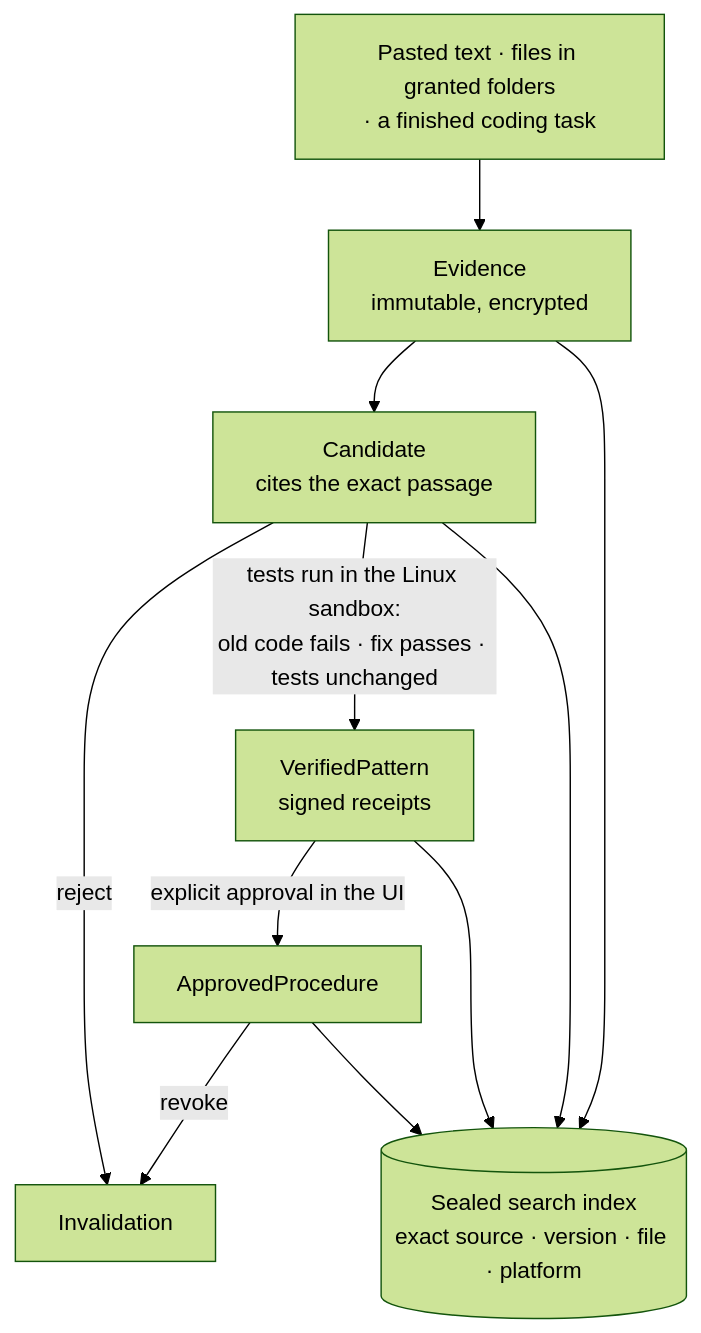
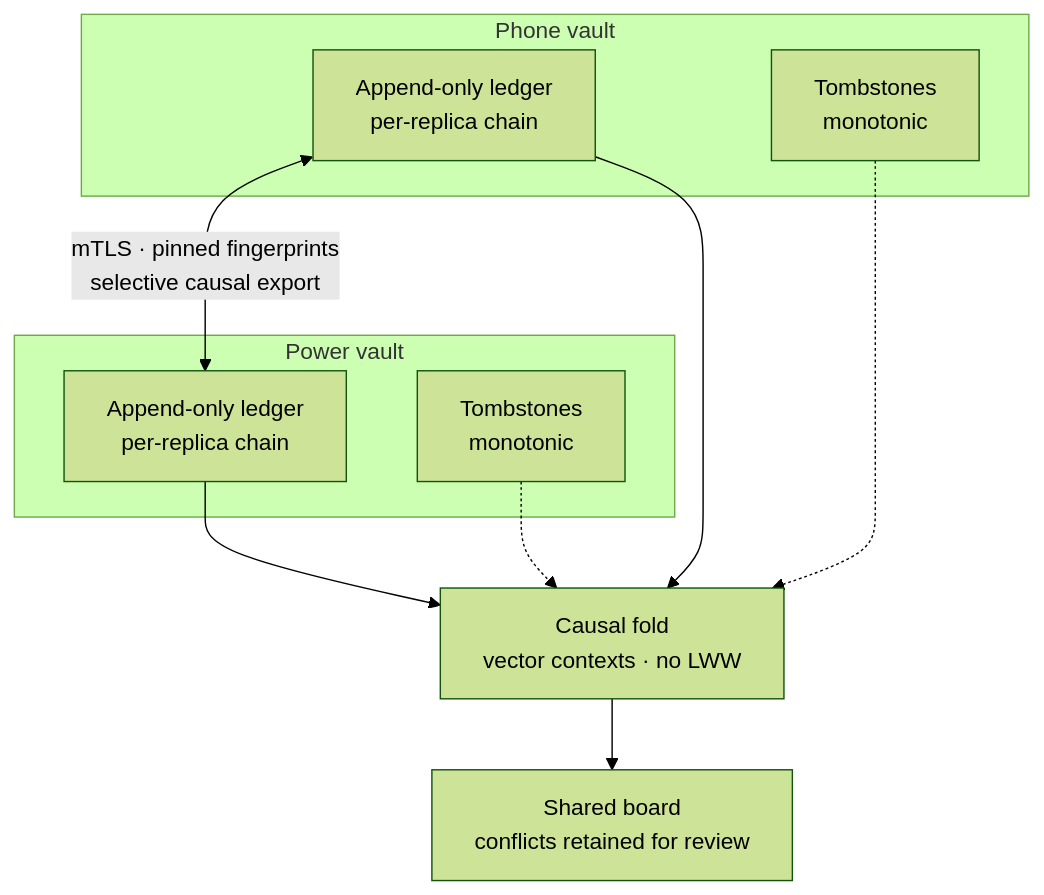
The fourth of 4 diagrams in README.md (inbharatai/PAI.V2), drawn with Mermaid (forest theme) before and after one commit. The commit also changed other lines of this file and 680 other files, not shown here.

````diff
--- a/README.md
+++ b/README.md
@@ -197,10 +117,17 @@
 ```mermaid
 flowchart TB
-    SRC["Pasted text · files in granted folders<br/>· a finished coding task"] --> EV["Evidence<br/>immutable, encrypted"]
-    EV --> CAND["Candidate<br/>cites the exact passage"]
-    CAND -->|"tests run in the Linux sandbox:<br/>old code fails · fix passes · tests unchanged"| VP["VerifiedPattern<br/>signed receipts"]
-    VP -->|"explicit approval in the UI"| AP["ApprovedProcedure"]
-    AP -->|"revoke"| INV["Invalidation"]
-    CAND -->|"reject"| INV
-    EV & CAND & VP & AP --> INDEX[("Sealed search index<br/>exact source · version · file · platform")]
+    subgraph A["Phone vault"]
+        AL["Append-only ledger<br/>per-replica chain"]
+        AT["Tombstones<br/>monotonic"]
+    end
+    subgraph B["Power vault"]
+        BL["Append-only ledger<br/>per-replica chain"]
+        BT["Tombstones<br/>monotonic"]
+    end
+    AL <-->|"mTLS · pinned fingerprints<br/>selective causal export"| BL
+    AL --> FOLD["Causal fold<br/>vector contexts · no LWW"]
+    BL --> FOLD
+    FOLD --> VIEW["Shared board<br/>conflicts retained for review"]
+    AT -.-> FOLD
+    BT -.-> FOLD
 ```
````
